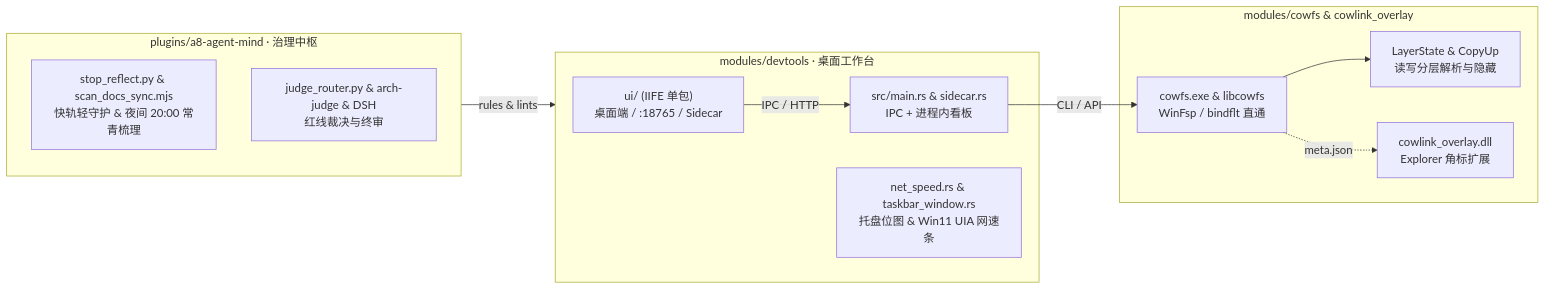
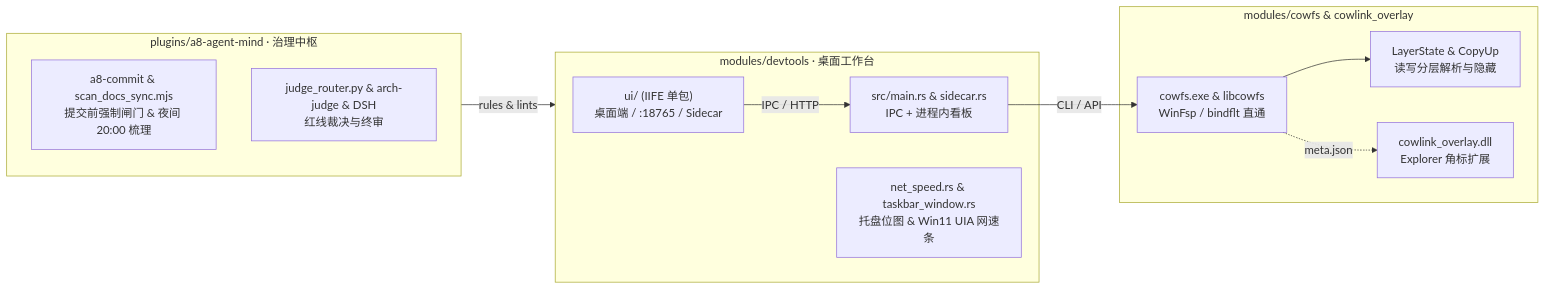
Before and after one commit to 007slm/a8-devtools: the diagram in AGENTS.md, drawn with Mermaid. The commit also changed other lines of this file and 7 other files, not shown here.

First line of the commit message:
docs(workflow,governance): 重构图解工作流指南并同步提交门禁常青文档

````diff
--- a/AGENTS.md
+++ b/AGENTS.md
@@ -10,25 +10,25 @@
 ```mermaid
 flowchart LR
     subgraph DevTools["modules/devtools · 桌面工作台"]
         UI["ui/ (IIFE 单包)<br/>桌面端 / :18765 / Sidecar"]
         TauriCore["src/main.rs & sidecar.rs<br/>IPC + 进程内看板"]
         TrayEngine["net_speed.rs & taskbar_window.rs<br/>托盘位图 & Win11 UIA 网速条"]
     end
 
     subgraph CowFS["modules/cowfs & cowlink_overlay"]
         WinFsp["cowfs.exe & libcowfs<br/>WinFsp / bindflt 直通"]
         State["LayerState & CopyUp<br/>读写分层解析与隐藏"]
         Overlay["cowlink_overlay.dll<br/>Explorer 角标扩展"]
     end
 
     subgraph Mind["plugins/a8-agent-mind · 治理中枢"]
-        Hooks["stop_reflect.py & scan_docs_sync.mjs<br/>快轨轻守护 & 夜间 20:00 常青梳理"]
+        CommitGate["a8-commit & scan_docs_sync.mjs<br/>提交前强制闸门 & 夜间 20:00 梳理"]
         Judge["judge_router.py & arch-judge & DSH<br/>红线裁决与终审"]
     end
 
     UI -->|IPC / HTTP| TauriCore
     TauriCore -->|CLI / API| WinFsp
     WinFsp --> State
     WinFsp -.->|meta.json| Overlay
     Mind -->|rules & lints| DevTools
 ```
````
